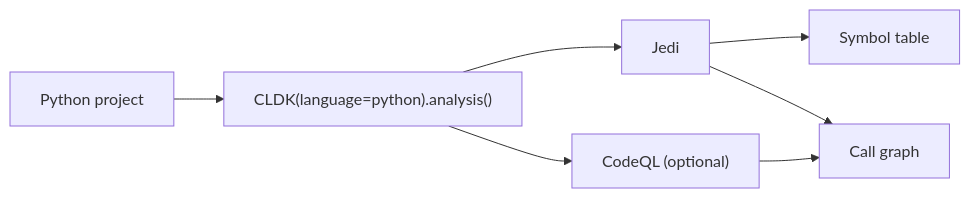
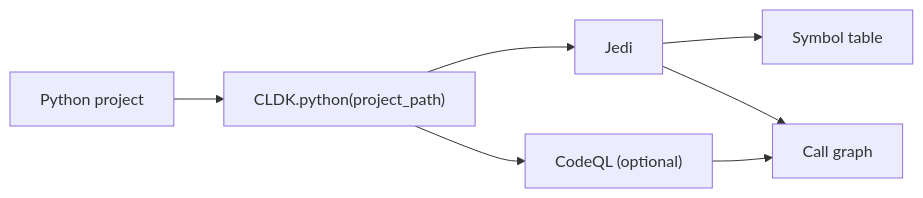
Before and after one commit to codellm-devkit/docs: the diagram in src/content/docs/reference/python-api/python.md, drawn with Mermaid. The commit also changed other lines of this file and 19 other files, not shown here.

````diff
--- a/src/content/docs/reference/python-api/python.md
+++ b/src/content/docs/reference/python-api/python.md
@@ -21,9 +22,9 @@
 ```mermaid
 flowchart LR
-    P[Python project] --> A["CLDK(language=python).analysis()"]
+    P[Python project] --> A["CLDK.python(project_path)"]
     A --> J[Jedi]
     A --> Q["CodeQL (optional)"]
     J --> S[Symbol table]
     J --> CG[Call graph]
     Q --> CG
 ```
````
